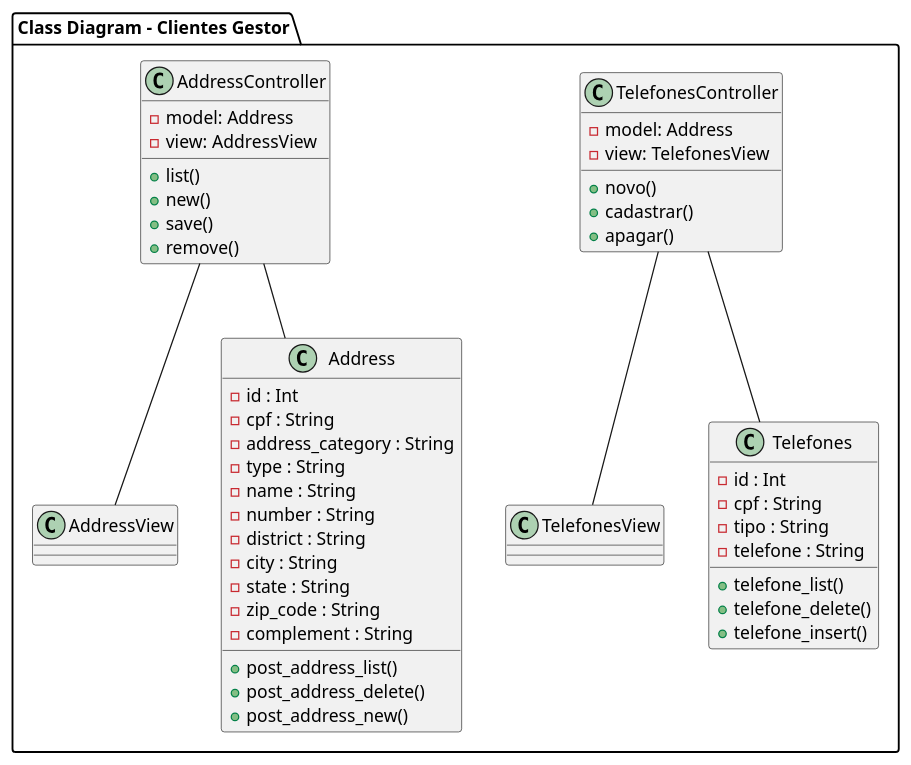
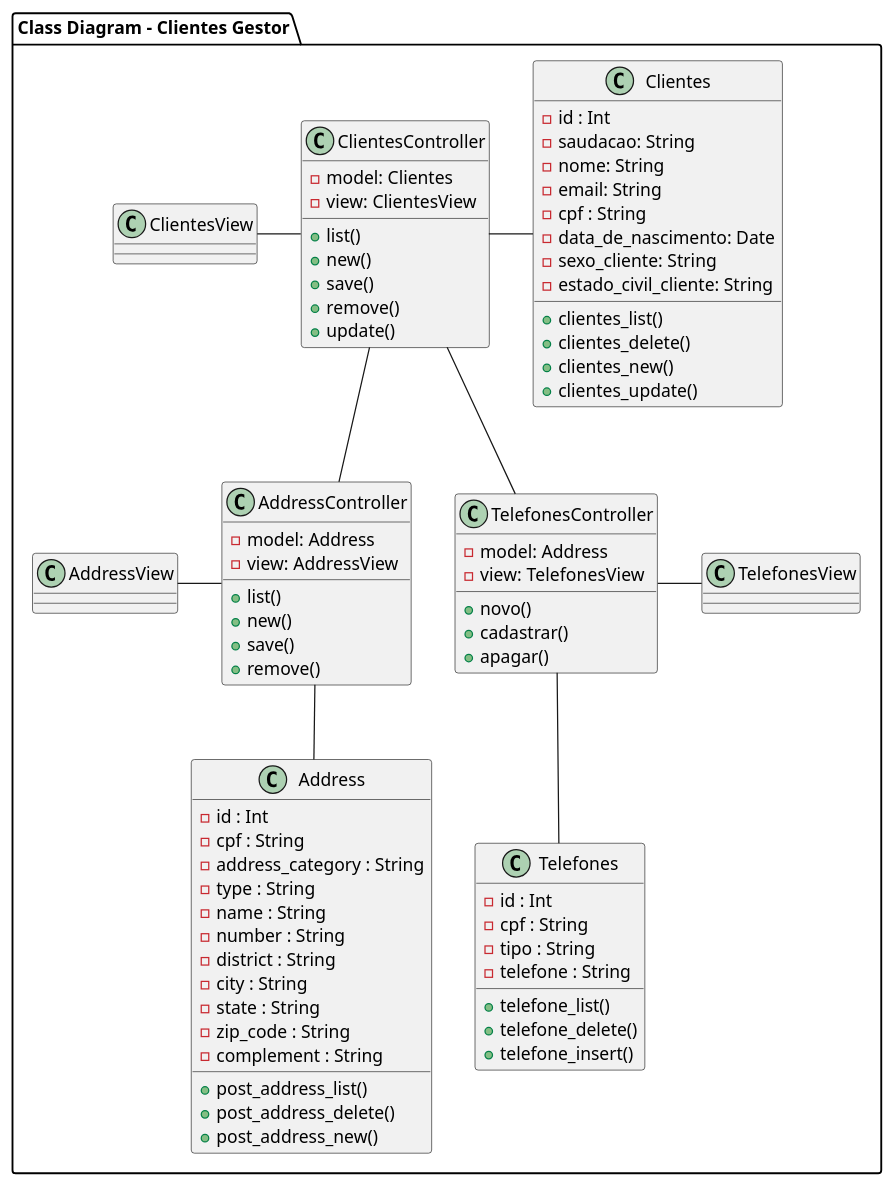
The diagram in modelagem/diagrama_de_classe.plantuml (douglascarlos-dev/Clientes-Gestor), drawn with PlantUML before and after one commit. The commit also changed 4 other files, not shown here.

Commit message:
:memo: Atualização da documentação e diagramas de UML.

```diff
--- a/modelagem/diagrama_de_classe.plantuml
+++ b/modelagem/diagrama_de_classe.plantuml
@@ -1,58 +1,88 @@
 @startuml Class Diagram
 
 package "Class Diagram - Clientes Gestor" {
 
-TelefonesController -- TelefonesView
+ClientesController -left- ClientesView
+ClientesController -right- Clientes
+ClientesController -- AddressController
+ClientesController -- TelefonesController
+
+AddressController -left- AddressView
+AddressController -- Address
+
+TelefonesController -right- TelefonesView
 TelefonesController -- Telefones
 
-AddressController -- AddressView
-AddressController -- Address
+class ClientesController {
+    -model: Clientes
+    -view: ClientesView
+    +list()
+    +new()
+    +save()
+    +remove()
+    +update()
+}
+
+class Clientes {
+    -id : Int
+    -saudacao: String
+    -nome: String
+    -email: String
+    -cpf : String
+    -data_de_nascimento: Date
+    -sexo_cliente: String
+    -estado_civil_cliente: String
+    +clientes_list()
+    +clientes_delete()
+    +clientes_new()
+    +clientes_update()
+}
 
 class AddressController {
     -model: Address
     -view: AddressView
     +list()
     +new()
     +save()
     +remove()
 }
 
 class TelefonesController {
     -model: Address
     -view: TelefonesView
     +novo()
     +cadastrar()
     +apagar()
 }
 
 class Address {
     -id : Int
     -cpf : String
     -address_category : String
     -type : String
     -name : String
     -number : String
     -district : String
     -city : String
     -state : String
     -zip_code : String
     -complement : String
     +post_address_list()
     +post_address_delete()
     +post_address_new()
 }
 
 class Telefones {
     -id : Int
     -cpf : String
     -tipo : String
     -telefone : String
     +telefone_list()
     +telefone_delete()
     +telefone_insert()
 }
 
 class AddressView {
 }
 
 @enduml
```
